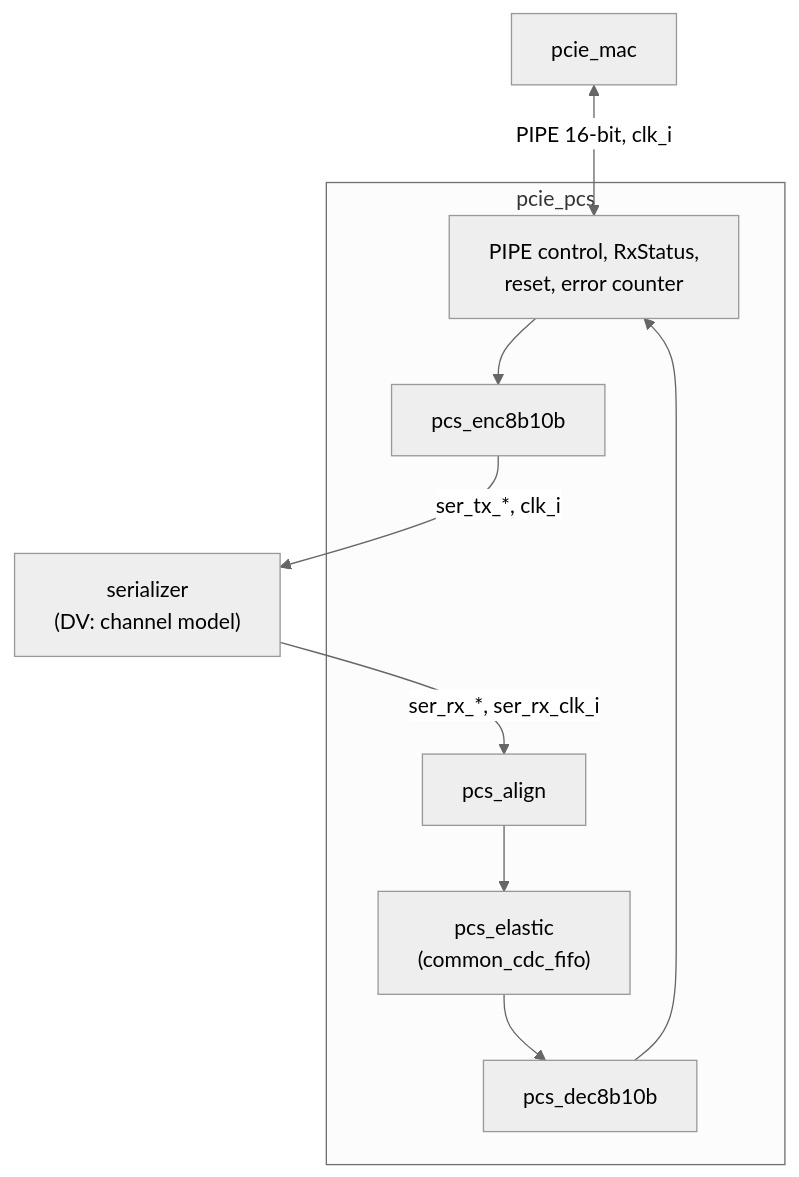
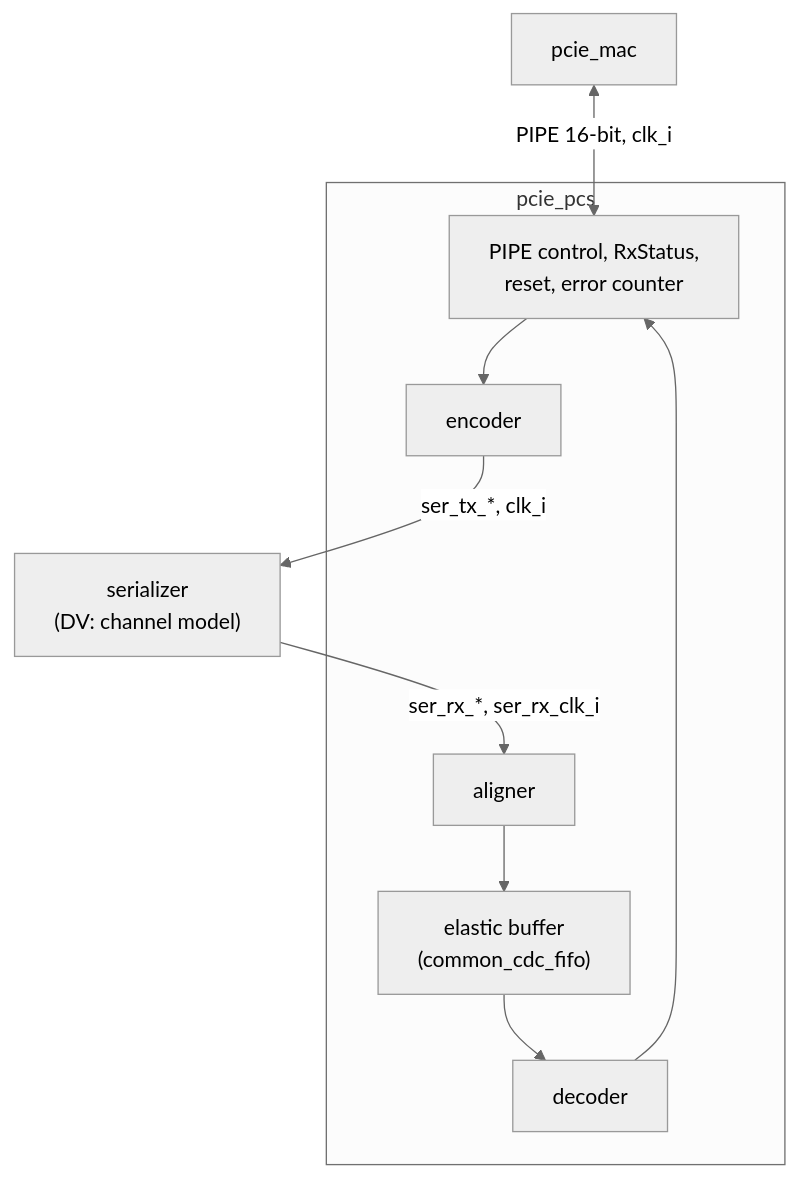
The diagram in wiki/src/arch/pcs/HAS.md (amichai-bd/pcie-factory), drawn with Mermaid (neutral theme) before and after one commit. The commit also changed other lines of this file and 22 other files, not shown here.

````diff
--- a/wiki/src/arch/pcs/HAS.md
+++ b/wiki/src/arch/pcs/HAS.md
@@ -38,15 +38,15 @@
 ```mermaid
 flowchart TB
   mac["pcie_mac"] <-- "PIPE 16-bit, clk_i" --> ctl
   subgraph pcs["pcie_pcs"]
     ctl["PIPE control, RxStatus,<br/>reset, error counter"]
-    enc["pcs_enc8b10b"]
-    dec["pcs_dec8b10b"]
-    eb["pcs_elastic<br/>(common_cdc_fifo)"]
-    al["pcs_align"]
+    enc["encoder"]
+    dec["decoder"]
+    eb["elastic buffer<br/>(common_cdc_fifo)"]
+    al["aligner"]
     ctl --> enc
     al --> eb --> dec --> ctl
   end
   enc -- "ser_tx_*, clk_i" --> ser["serializer<br/>(DV: channel model)"]
   ser -- "ser_rx_*, ser_rx_clk_i" --> al
 ```
````
